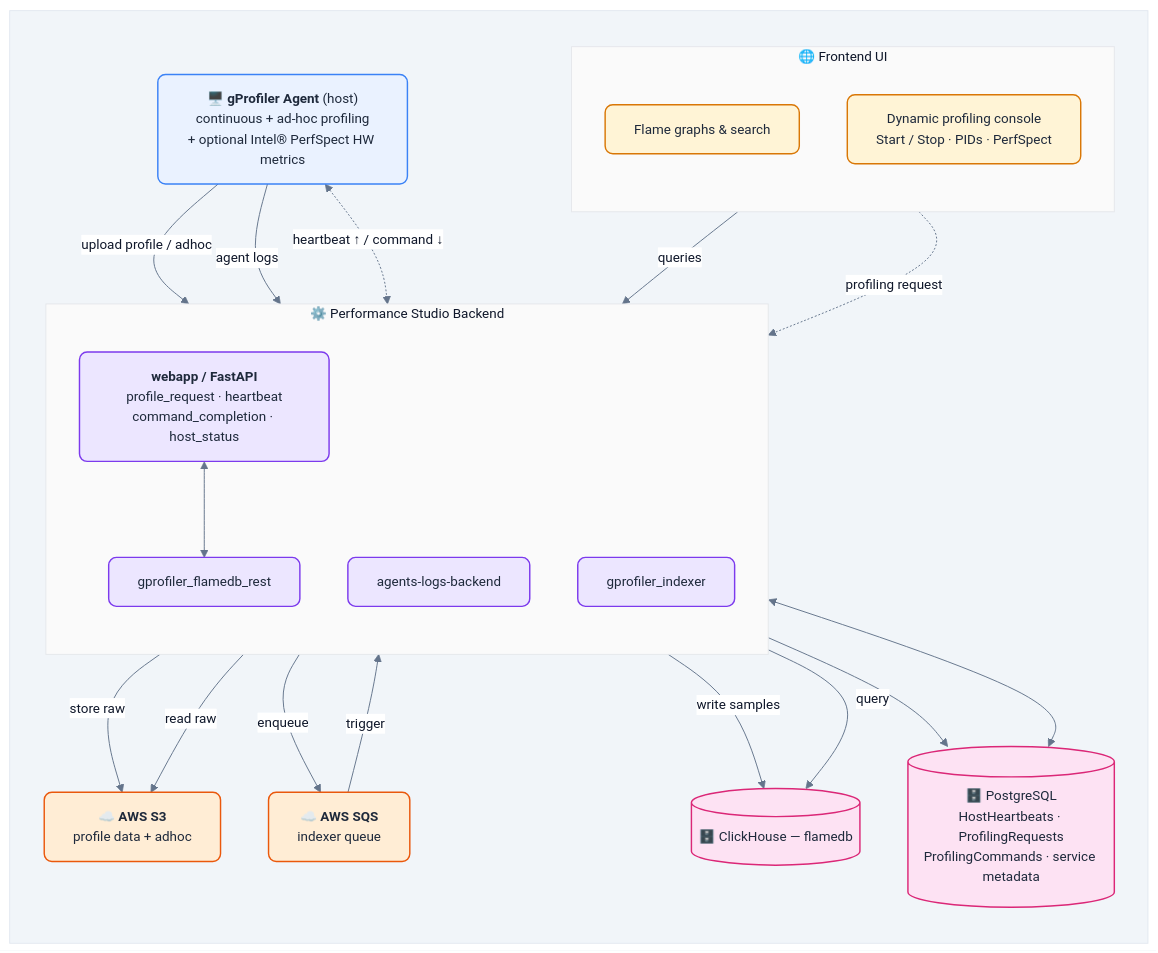
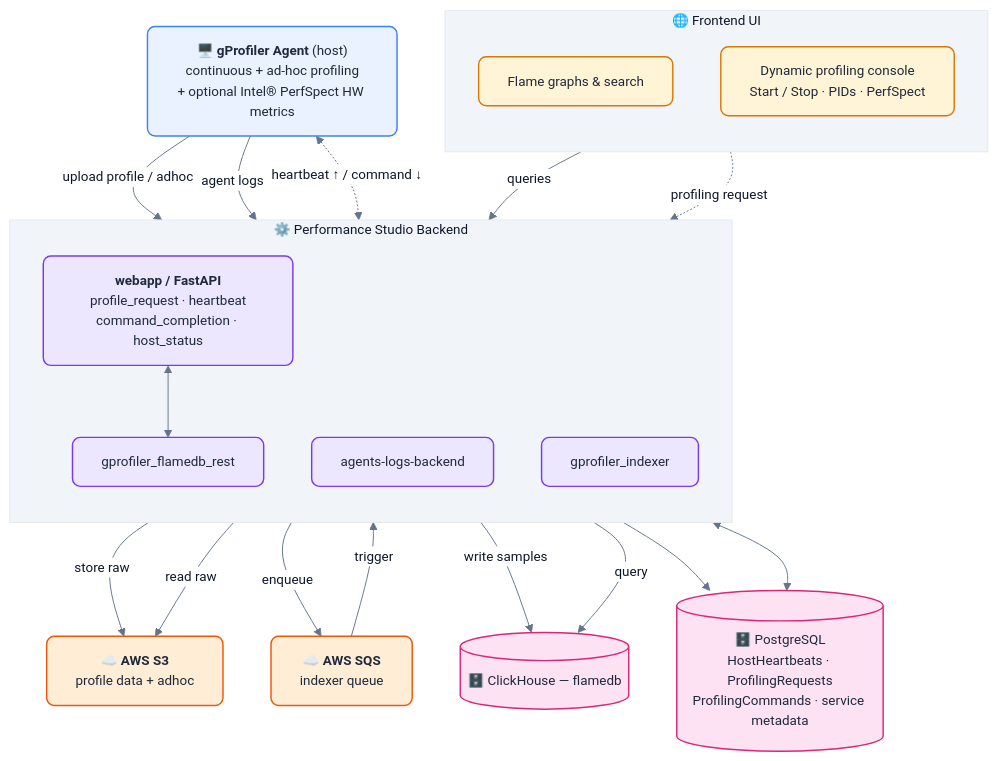
One commit to intel/gprofiler-performance-studio changed the diagram in README.md. Above: the diagram before and after it, drawn with Mermaid. The commit also changed other lines of this file, not shown here.

Commit message:
docs: drop outer canvas wrap; keep Frontend UI + Backend as standalone light-grey cards

````diff
--- a/README.md
+++ b/README.md
@@ -54,66 +55,61 @@
 ```mermaid
 %%{init: {
   'theme': 'base',
   'themeVariables': {
     'primaryColor': '#ffffff',
     'primaryBorderColor': '#cbd5e1',
     'primaryTextColor': '#0f172a',
     'lineColor': '#64748b',
     'fontFamily': 'Inter, ui-sans-serif, system-ui, sans-serif',
     'fontSize': '14px'
   }
 }}%%
 flowchart TB
     classDef agent fill:#eaf2ff,stroke:#3b82f6,stroke-width:1.5px,color:#1e293b,rx:8,ry:8
     classDef ui    fill:#fff4d6,stroke:#d97706,stroke-width:1.5px,color:#1e293b,rx:8,ry:8
     classDef be    fill:#ece6ff,stroke:#7c3aed,stroke-width:1.5px,color:#1e293b,rx:8,ry:8
     classDef store fill:#fde2f3,stroke:#db2777,stroke-width:1.5px,color:#1e293b,rx:8,ry:8
     classDef aws   fill:#ffedd5,stroke:#ea580c,stroke-width:1.5px,color:#1e293b,rx:8,ry:8
 
-    subgraph CANVAS[" "]
+    AGENT["🖥️ <b>gProfiler Agent</b> (host)<br/>continuous + ad-hoc profiling<br/>+ optional Intel® PerfSpect HW metrics"]:::agent
+
+    subgraph UIBOX["🌐 Frontend UI"]
       direction TB
-
-      AGENT["🖥️ <b>gProfiler Agent</b> (host)<br/>continuous + ad-hoc profiling<br/>+ optional Intel® PerfSpect HW metrics"]:::agent
-
-      subgraph UIBOX["🌐 Frontend UI"]
-        direction TB
-        FG["Flame graphs &amp; search"]:::ui
-        CTRL["Dynamic profiling console<br/>Start / Stop · PIDs · PerfSpect"]:::ui
-      end
-
-      subgraph BEBOX["⚙️ Performance Studio Backend"]
-        direction TB
-        WEBAPP["<b>webapp / FastAPI</b><br/>profile_request · heartbeat<br/>command_completion · host_status"]:::be
-        LOGSVC["agents-logs-backend"]:::be
-        IDX["gprofiler_indexer"]:::be
-        REST["gprofiler_flamedb_rest"]:::be
-      end
-
-      PG[("🗄️ PostgreSQL<br/>HostHeartbeats · ProfilingRequests<br/>ProfilingCommands · service metadata")]:::store
-      CH[("🗄️ ClickHouse — flamedb")]:::store
-      S3["☁️ <b>AWS S3</b><br/>profile data + adhoc"]:::aws
-      SQS["☁️ <b>AWS SQS</b><br/>indexer queue"]:::aws
+      FG["Flame graphs &amp; search"]:::ui
+      CTRL["Dynamic profiling console<br/>Start / Stop · PIDs · PerfSpect"]:::ui
     end
 
-    style CANVAS fill:#f1f5f9,stroke:#e2e8f0,stroke-width:1px,color:#0f172a
-    style UIBOX  fill:#fafafa,stroke:#e5e7eb,stroke-width:1px,color:#0f172a
-    style BEBOX  fill:#fafafa,stroke:#e5e7eb,stroke-width:1px,color:#0f172a
+    subgraph BEBOX["⚙️ Performance Studio Backend"]
+      direction TB
+      WEBAPP["<b>webapp / FastAPI</b><br/>profile_request · heartbeat<br/>command_completion · host_status"]:::be
+      LOGSVC["agents-logs-backend"]:::be
+      IDX["gprofiler_indexer"]:::be
+      REST["gprofiler_flamedb_rest"]:::be
+    end
+
+    PG[("🗄️ PostgreSQL<br/>HostHeartbeats · ProfilingRequests<br/>ProfilingCommands · service metadata")]:::store
+    CH[("🗄️ ClickHouse — flamedb")]:::store
+    S3["☁️ <b>AWS S3</b><br/>profile data + adhoc"]:::aws
+    SQS["☁️ <b>AWS SQS</b><br/>indexer queue"]:::aws
+
+    style UIBOX fill:#f1f5f9,stroke:#e2e8f0,stroke-width:1px,color:#0f172a
+    style BEBOX fill:#f1f5f9,stroke:#e2e8f0,stroke-width:1px,color:#0f172a
 
     %% --- data plane (solid) ---
     AGENT -- "upload profile / adhoc" --> WEBAPP
     WEBAPP -- "store raw" --> S3
     WEBAPP -- "enqueue" --> SQS
     SQS -- "trigger" --> IDX
     IDX -- "read raw" --> S3
     IDX -- "write samples" --> CH
     WEBAPP <--> REST
     REST -- "query" --> CH
     AGENT -- "agent logs" --> LOGSVC
     LOGSVC --> PG
     WEBAPP <--> PG
     FG -- "queries" --> WEBAPP
 
     %% --- control plane (dashed) ---
     AGENT <-. "heartbeat ↑ / command ↓" .-> WEBAPP
     CTRL -. "profiling request" .-> WEBAPP
 ```
````
